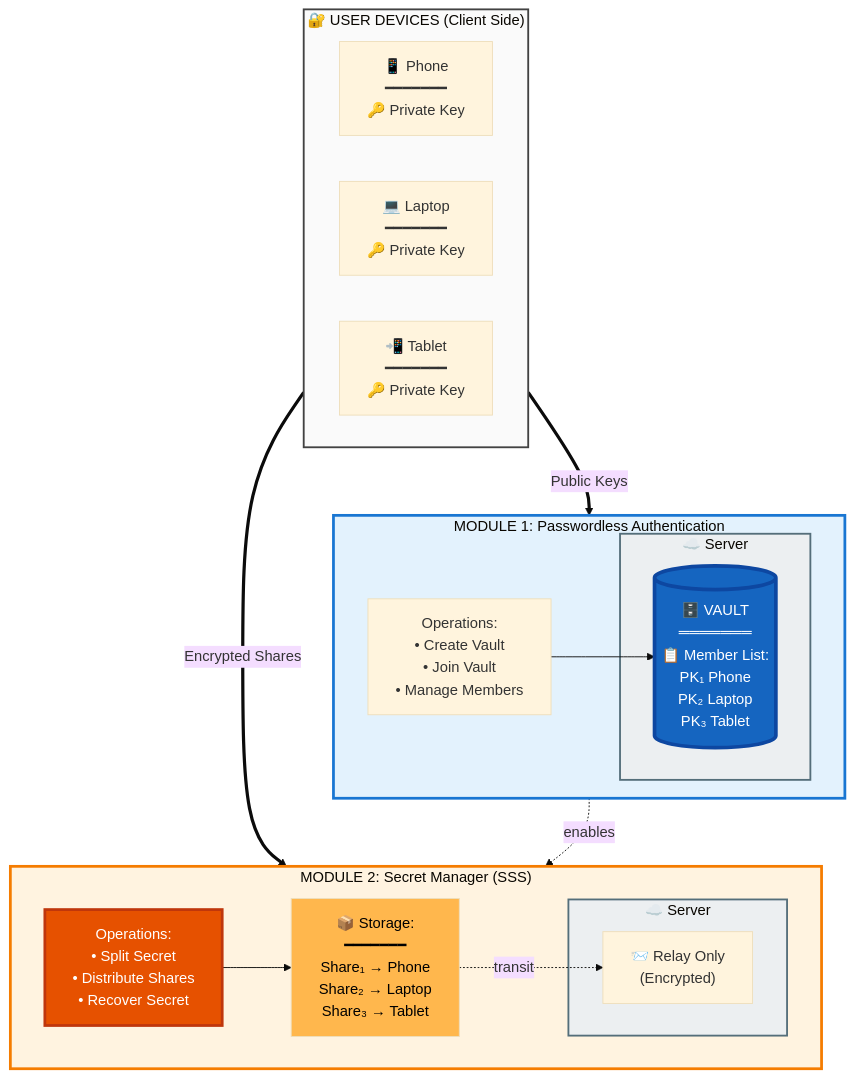
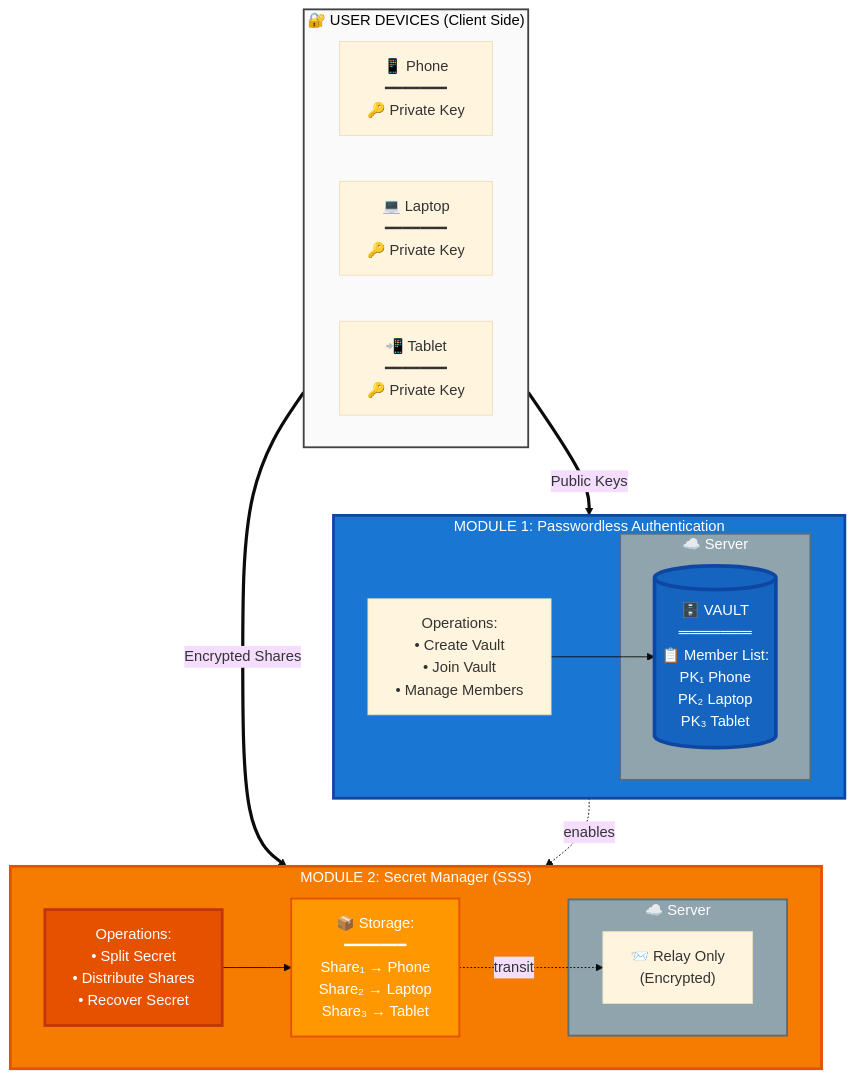
One commit to meta-secret/meta-secret-core changed the first of 9 diagrams in docs/meta-secret-technical-presentation.md. Above: the diagram before and after it, drawn with Mermaid (base theme). The commit also changed other lines of this file, not shown here.

````diff
--- a/docs/meta-secret-technical-presentation.md
+++ b/docs/meta-secret-technical-presentation.md
@@ -188,50 +188,50 @@
 ```mermaid
 flowchart TB
     subgraph LAYER1["🔐 USER DEVICES (Client Side)"]
         direction LR
         D1["📱 Phone<br/>━━━━━━━<br/>🔑 Private Key"]
         D2["💻 Laptop<br/>━━━━━━━<br/>🔑 Private Key"]
         D3["📲 Tablet<br/>━━━━━━━<br/>🔑 Private Key"]
     end
     
     subgraph LAYER2["MODULE 1: Passwordless Authentication"]
         direction LR
         
         ACTIONS1["Operations:<br/>• Create Vault<br/>• Join Vault<br/>• Manage Members"]
         
         subgraph SRV1["☁️ Server"]
             VAULT[("🗄️ VAULT<br/>═══════<br/>📋 Member List:<br/>PK₁ Phone<br/>PK₂ Laptop<br/>PK₃ Tablet")]
         end
         
         ACTIONS1 --> VAULT
     end
     
     subgraph LAYER3["MODULE 2: Secret Manager (SSS)"]
         direction LR
         
         SPLIT["Operations:<br/>• Split Secret<br/>• Distribute Shares<br/>• Recover Secret"]
         
         SHARES["📦 Storage:<br/>━━━━━━━<br/>Share₁ → Phone<br/>Share₂ → Laptop<br/>Share₃ → Tablet"]
         
         subgraph SRV2["☁️ Server"]
             RELAY["📨 Relay Only<br/>(Encrypted)"]
         end
         
         SPLIT --> SHARES
         SHARES -.->|transit| RELAY
     end
     
     LAYER1 ==>|Public Keys| LAYER2
     LAYER1 ==>|Encrypted Shares| LAYER3
     
     LAYER2 -.->|enables| LAYER3
     
     style VAULT fill:#1565c0,color:#fff,stroke:#0d47a1,stroke-width:4px
     style SPLIT fill:#e65100,color:#fff,stroke:#bf360c,stroke-width:3px
-    style LAYER1 fill:#fafafa,stroke:#424242,stroke-width:2px
-    style LAYER2 fill:#e3f2fd,stroke:#1976d2,stroke-width:3px
-    style LAYER3 fill:#fff3e0,stroke:#f57c00,stroke-width:3px
-    style SRV1 fill:#eceff1,stroke:#546e7a,stroke-width:2px
-    style SRV2 fill:#eceff1,stroke:#546e7a,stroke-width:2px
-    style SHARES fill:#ffb74d,color:#000
+    style LAYER1 fill:#fafafa,stroke:#424242,stroke-width:2px,color:#000
+    style LAYER2 fill:#1976d2,color:#fff,stroke:#0d47a1,stroke-width:3px
+    style LAYER3 fill:#f57c00,color:#fff,stroke:#e65100,stroke-width:3px
+    style SRV1 fill:#90a4ae,color:#fff,stroke:#546e7a,stroke-width:2px
+    style SRV2 fill:#90a4ae,color:#fff,stroke:#546e7a,stroke-width:2px
+    style SHARES fill:#ff9800,color:#fff,stroke:#e65100,stroke-width:2px
 ```
````
